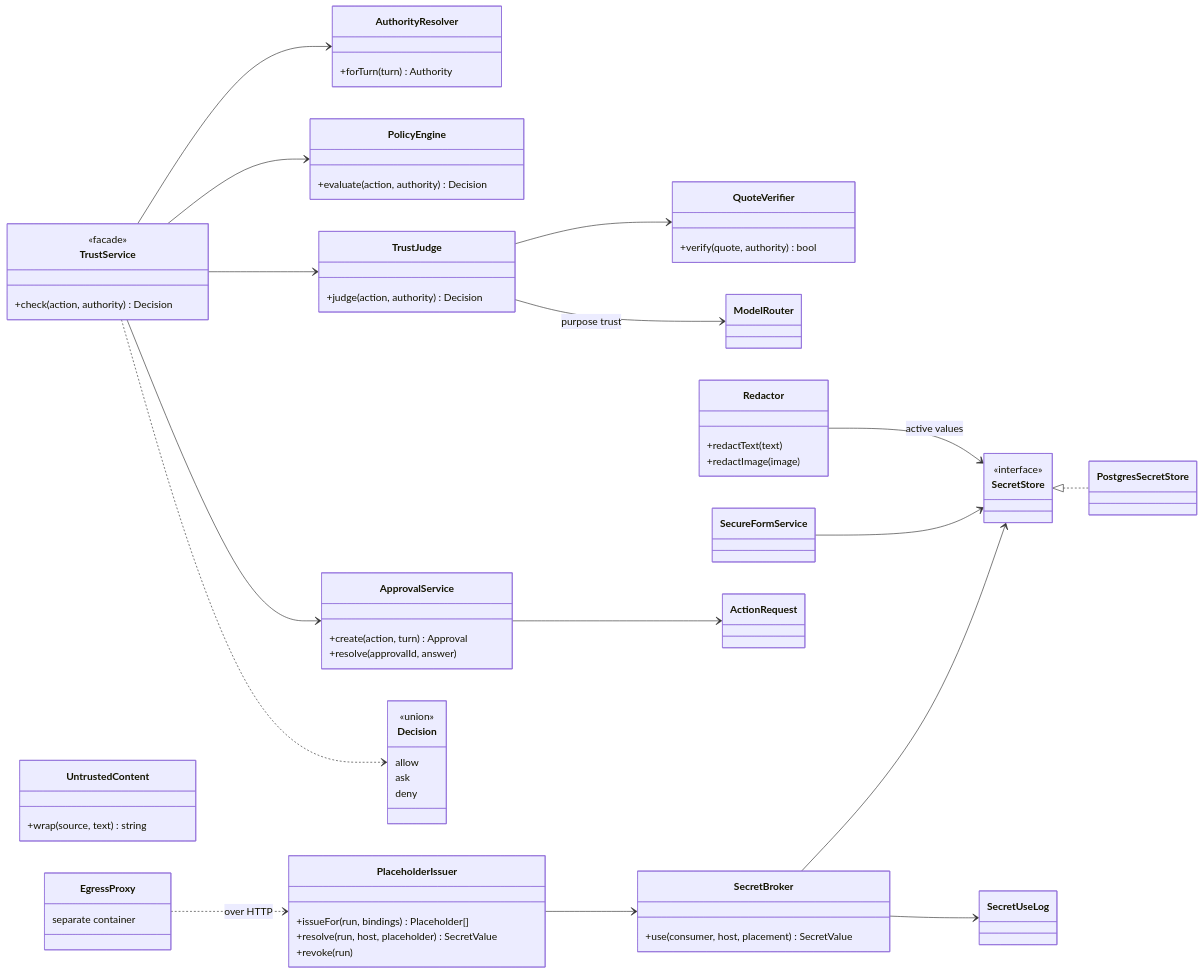
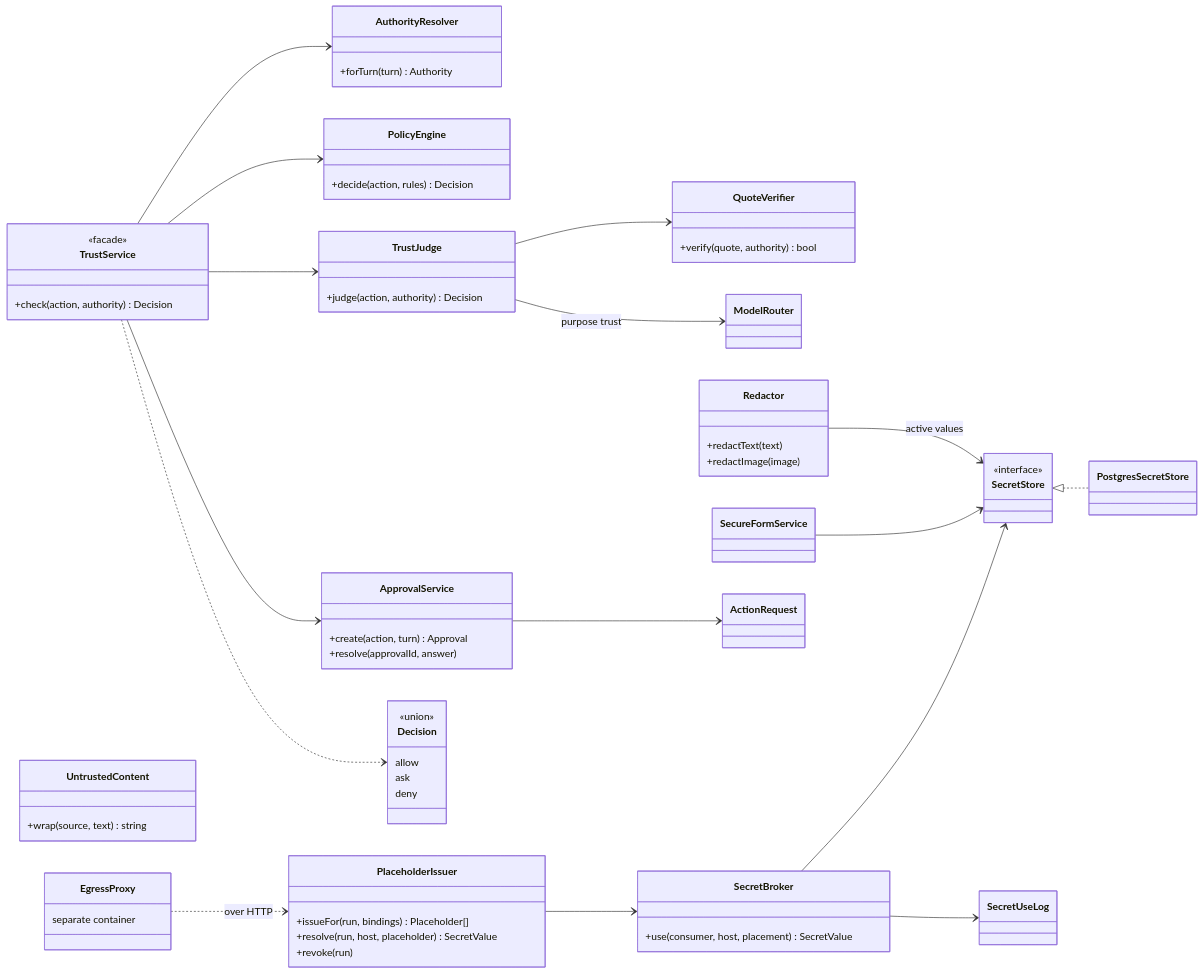
One commit to ggiraudon/shitsuji changed the eighth of 14 diagrams in docs/06-class-map.md. Above: the diagram before and after it, drawn with Mermaid. The commit also changed 2 other files, not shown here.

Commit message:
S34: Document the policy engine and tick the step (#11)
F11 now states what the engine decides and how the levels use the judge; the class map names the real method. Approvals and the judge are still the next steps, so ask and judge refuse for now.

Closes #11

````diff
--- a/docs/06-class-map.md
+++ b/docs/06-class-map.md
@@ -577,70 +577,70 @@
 ```mermaid
 classDiagram
   direction LR
   class TrustService {
     <<facade>>
     +check(action, authority) Decision
   }
   class AuthorityResolver {
     +forTurn(turn) Authority
   }
   class PolicyEngine {
-    +evaluate(action, authority) Decision
+    +decide(action, rules) Decision
   }
   class TrustJudge {
     +judge(action, authority) Decision
   }
   class QuoteVerifier {
     +verify(quote, authority) bool
   }
   class ApprovalService {
     +create(action, turn) Approval
     +resolve(approvalId, answer)
   }
   class UntrustedContent {
     +wrap(source, text) string
   }
   class Decision {
     <<union>>
     allow
     ask
     deny
   }
   class SecretStore {
     <<interface>>
   }
   class PostgresSecretStore
   class SecretBroker {
     +use(consumer, host, placement) SecretValue
   }
   class PlaceholderIssuer {
     +issueFor(run, bindings) Placeholder[]
     +resolve(run, host, placeholder) SecretValue
     +revoke(run)
   }
   class Redactor {
     +redactText(text)
     +redactImage(image)
   }
   class SecureFormService
   class SecretUseLog
   class EgressProxy {
     separate container
   }
 
   TrustService --> AuthorityResolver
   TrustService --> PolicyEngine
   TrustService --> TrustJudge
   TrustService --> ApprovalService
   TrustService ..> Decision
   TrustJudge --> QuoteVerifier
   TrustJudge --> ModelRouter : purpose trust
   ApprovalService --> ActionRequest
   SecretStore <|.. PostgresSecretStore
   SecretBroker --> SecretStore
   SecretBroker --> SecretUseLog
   PlaceholderIssuer --> SecretBroker
   EgressProxy ..> PlaceholderIssuer : over HTTP
   Redactor --> SecretStore : active values
   SecureFormService --> SecretStore
 ```
````
